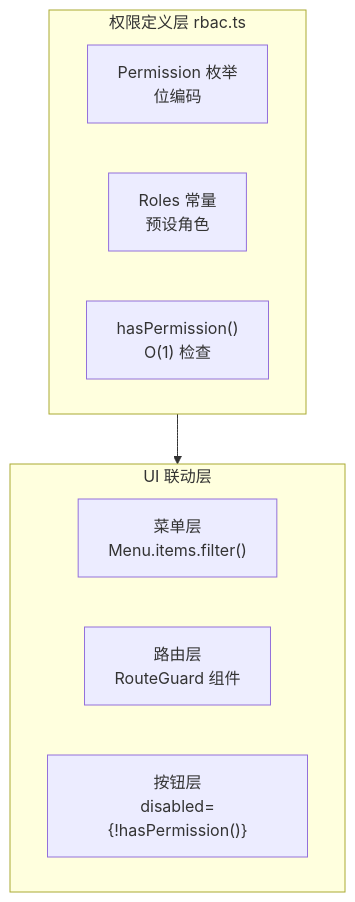
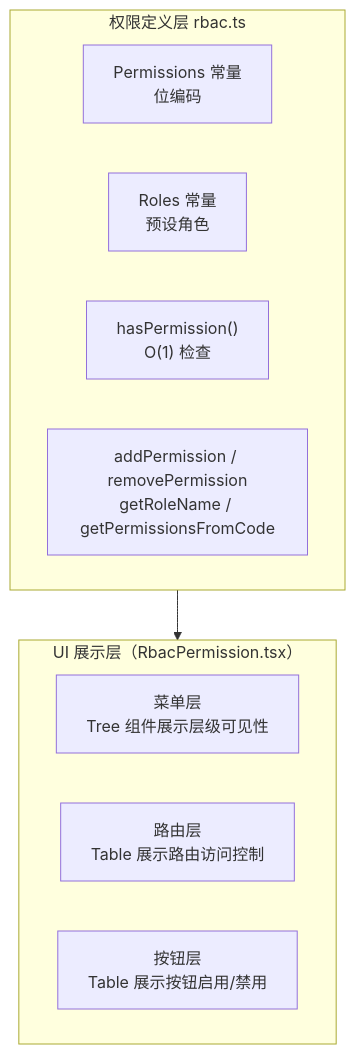
Before and after one commit to KMaybe01/interview-demo: diagram 18 of 46 in docs/面试亮点.md, drawn with Mermaid. The commit also changed other lines of this file and 3 other files, not shown here.

````diff
--- a/docs/面试亮点.md
+++ b/docs/面试亮点.md
@@ -1776,16 +1853,17 @@
 ```mermaid
 graph TB
     subgraph DEF["权限定义层 rbac.ts"]
-        PERM["Permission 枚举<br/>位编码"]
+        PERM["Permissions 常量<br/>位编码"]
         ROLE["Roles 常量<br/>预设角色"]
         CHECK["hasPermission()<br/>O(1) 检查"]
+        UTIL["addPermission / removePermission<br/>getRoleName / getPermissionsFromCode"]
     end
 
-    subgraph UI["UI 联动层"]
-        MENU["菜单层<br/>Menu.items.filter()"]
-        ROUTE["路由层<br/>RouteGuard 组件"]
-        BTN["按钮层<br/>disabled={!hasPermission()}"]
+    subgraph UI["UI 展示层（RbacPermission.tsx）"]
+        TREE["菜单层<br/>Tree 组件展示层级可见性"]
+        ROUTE["路由层<br/>Table 展示路由访问控制"]
+        BTN["按钮层<br/>Table 展示按钮启用/禁用"]
     end
 
     DEF --> UI
 ```
````
